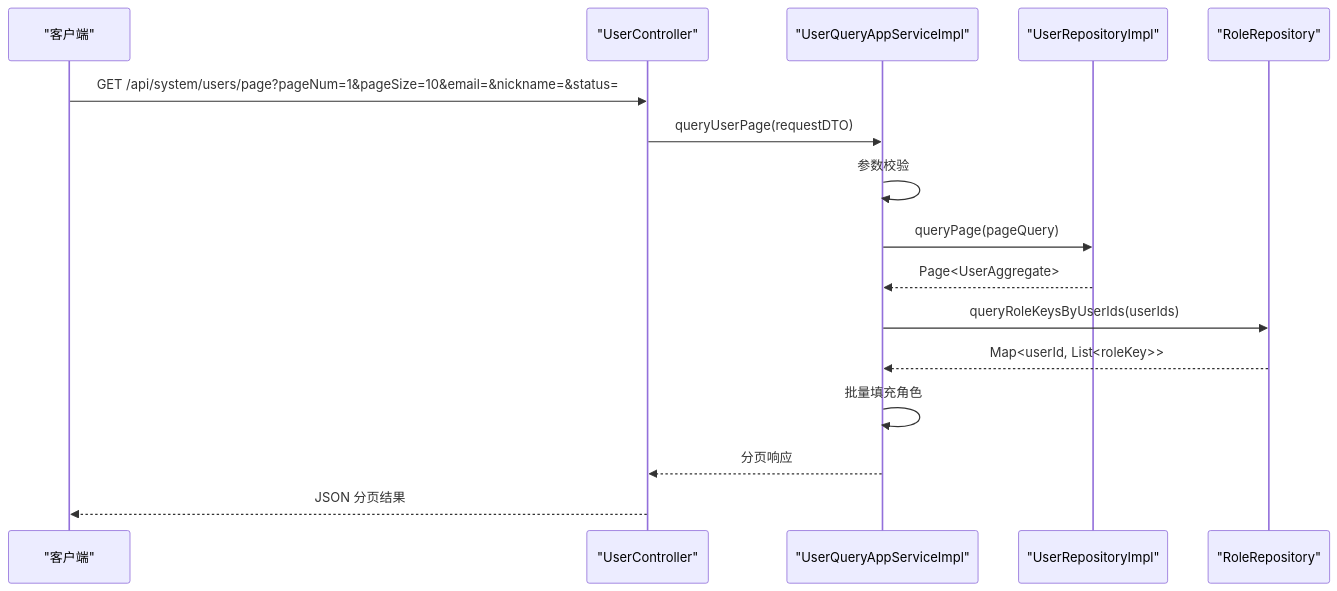
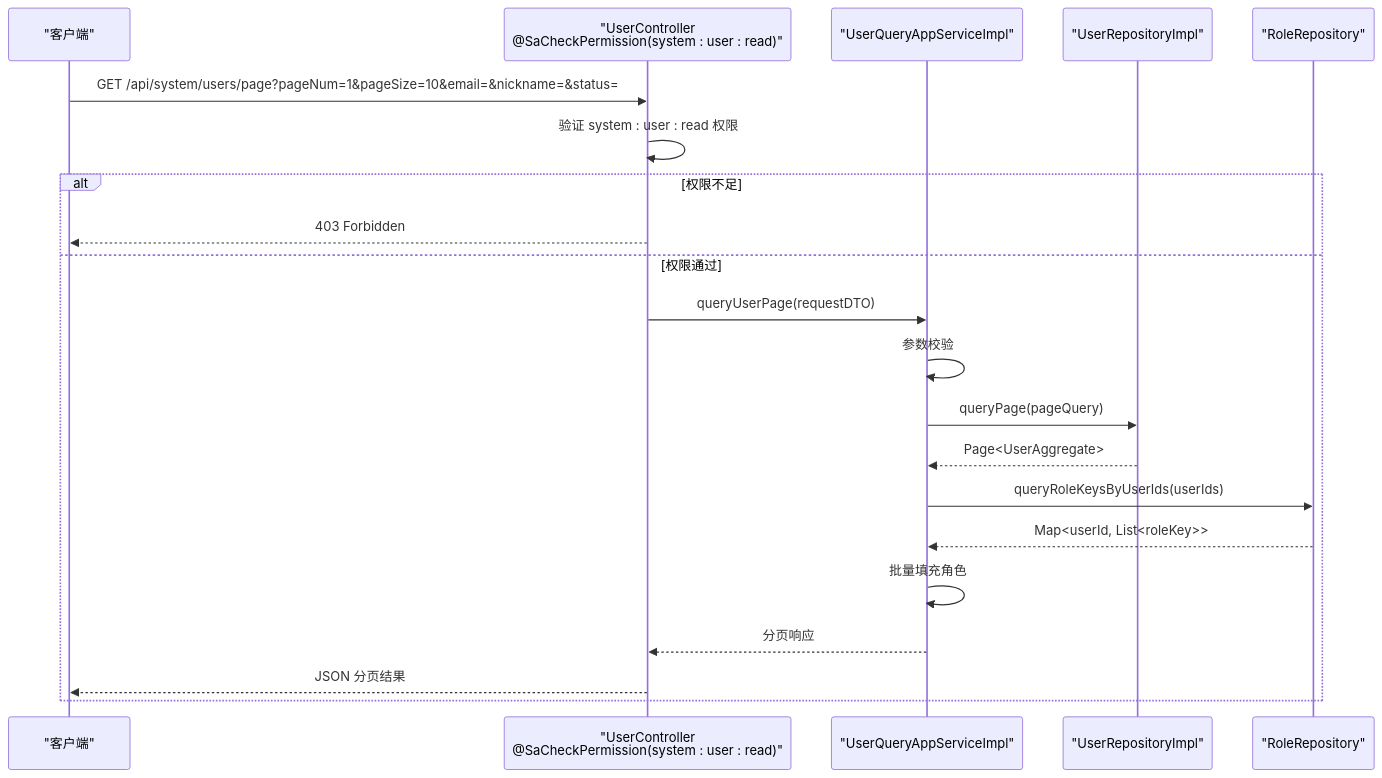
One commit to sunnaoxixi/spring-ddd-template changed the sixth of 10 diagrams in .qoder/repowiki/zh/content/核心业务模块/用户管理模块.md. Above: the diagram before and after it, drawn with Mermaid. The commit also changed other lines of this file and 91 other files, not shown here.

````diff
--- a/.qoder/repowiki/zh/content/核心业务模块/用户管理模块.md
+++ b/.qoder/repowiki/zh/content/核心业务模块/用户管理模块.md
@@ -280,18 +299,23 @@
 ```mermaid
 sequenceDiagram
 participant Client as "客户端"
-participant Controller as "UserController"
+participant Controller as "UserController<br/>@SaCheckPermission(system : user : read)"
 participant QueryApp as "UserQueryAppServiceImpl"
 participant Repo as "UserRepositoryImpl"
 participant RoleRepo as "RoleRepository"
 Client->>Controller : GET /api/system/users/page?pageNum=1&pageSize=10&email=&nickname=&status=
+Controller->>Controller : 验证 system : user : read 权限
+alt 权限不足
+Controller-->>Client : 403 Forbidden
+else 权限通过
 Controller->>QueryApp : queryUserPage(requestDTO)
 QueryApp->>QueryApp : 参数校验
 QueryApp->>Repo : queryPage(pageQuery)
 Repo-->>QueryApp : Page<UserAggregate>
 QueryApp->>RoleRepo : queryRoleKeysByUserIds(userIds)
 RoleRepo-->>QueryApp : Map<userId, List<roleKey>>
 QueryApp->>QueryApp : 批量填充角色
 QueryApp-->>Controller : 分页响应
 Controller-->>Client : JSON 分页结果
+end
 ```
````
